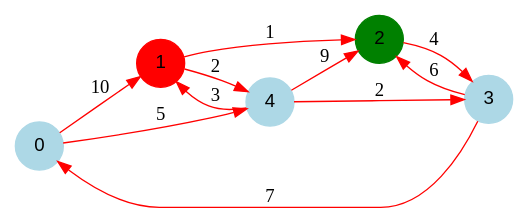
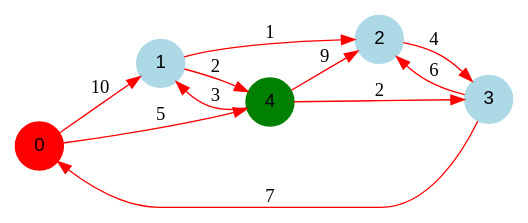
One commit to benech17/Shortest-Path changed the diagram in programme1/output/dotFiles/graph3/graph3_1.dot. Above: the diagram before and after it, drawn with Graphviz. The commit also changed 22 other files, not shown here.

```diff
--- a/programme1/output/dotFiles/graph3/graph3_1.dot
+++ b/programme1/output/dotFiles/graph3/graph3_1.dot
@@ -1,19 +1,19 @@
 digraph graphe {
 rankdir = LR;
 edge [color=red];
-0 [fontname="Arial", shape = circle, color=lightblue, style=filled];
-1 [fontname="Arial", shape = circle, color=red, style=filled];
-2 [fontname="Arial", shape = circle, color=green, style=filled];
+0 [fontname="Arial", shape = circle, color=red, style=filled];
+1 [fontname="Arial", shape = circle, color=lightblue, style=filled];
+2 [fontname="Arial", shape = circle, color=lightblue, style=filled];
 3 [fontname="Arial", shape = circle, color=lightblue, style=filled];
-4 [fontname="Arial", shape = circle, color=lightblue, style=filled];
+4 [fontname="Arial", shape = circle, color=green, style=filled];
 	0 -> 1 [label = "10"];
 	0 -> 4 [label = "5"];
 	1 -> 2 [label = "1"];
 	1 -> 4 [label = "2"];
 	2 -> 3 [label = "4"];
 	3 -> 0 [label = "7"];
 	3 -> 2 [label = "6"];
 	4 -> 1 [label = "3"];
 	4 -> 2 [label = "9"];
 	4 -> 3 [label = "2"];
 }
```
